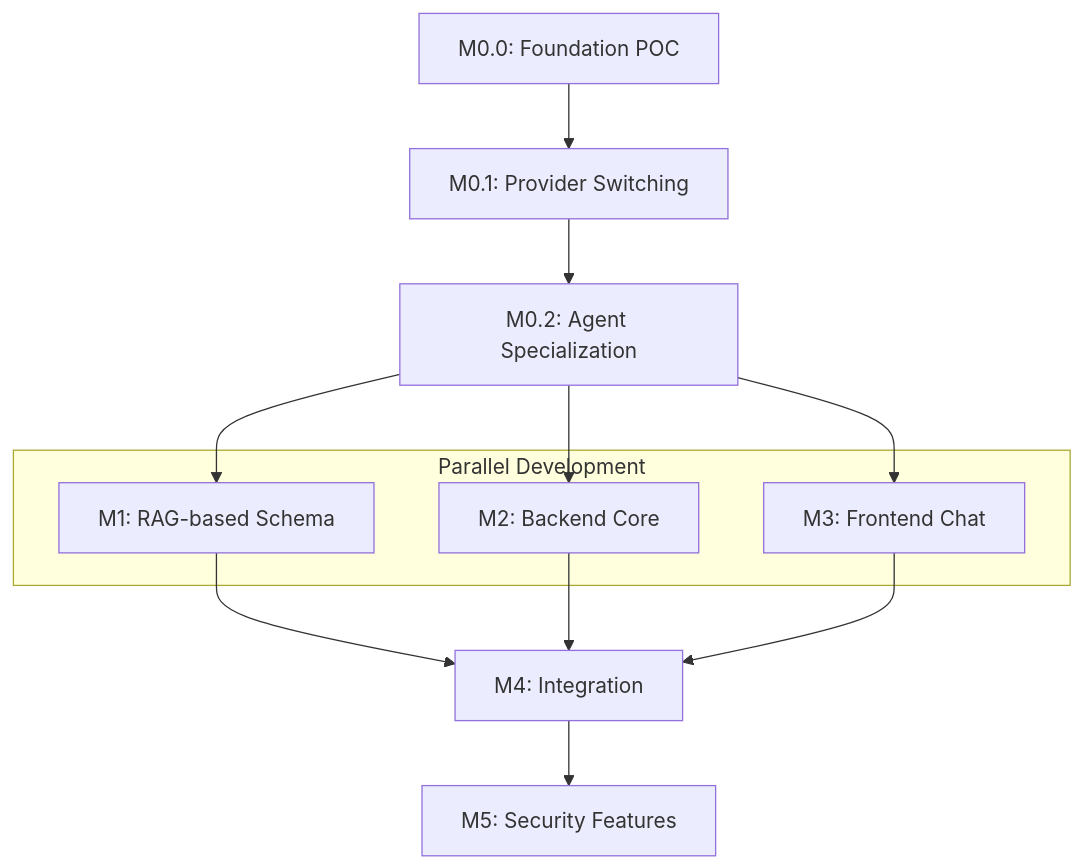
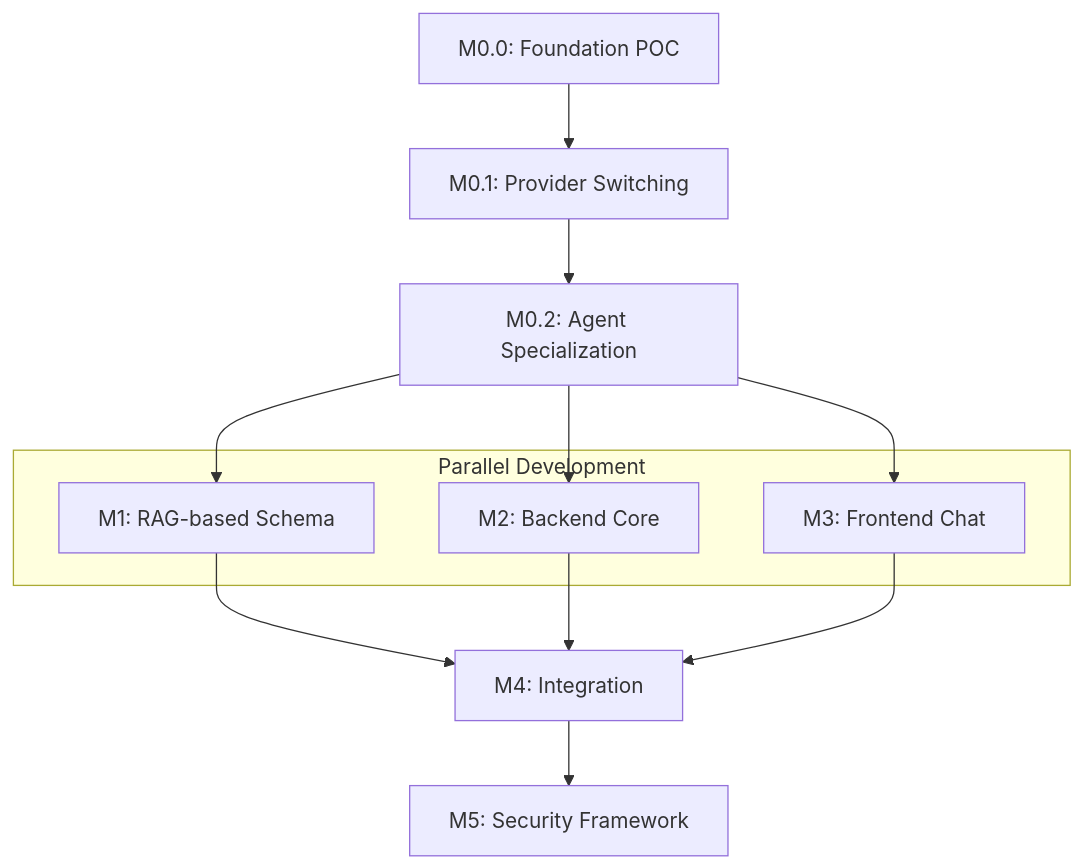
The diagram in specs/OGC-070-catalyst-assistant/tasks.md (DIGI-UW/OpenELIS-Global-2), drawn with Mermaid before and after one commit. The commit also changed other lines of this file and 9 other files, not shown here.

````diff
--- a/specs/OGC-070-catalyst-assistant/tasks.md
+++ b/specs/OGC-070-catalyst-assistant/tasks.md
@@ -1019,18 +1041,18 @@
 ```mermaid
 graph TD
     M00["M0.0: Foundation POC"] --> M01["M0.1: Provider Switching"]
     M01 --> M02["M0.2: Agent Specialization"]
     M02 --> M1["M1: RAG-based Schema"]
     M02 --> M2["M2: Backend Core"]
     M02 --> M3["M3: Frontend Chat"]
     M1 --> M4["M4: Integration"]
-    M4 --> M5["M5: Security Features"]
+    M4 --> M5["M5: Security Framework"]
     M2 --> M4
     M3 --> M4
 
     subgraph parallel ["Parallel Development"]
         M1
         M2
         M3
     end
 ```
````
